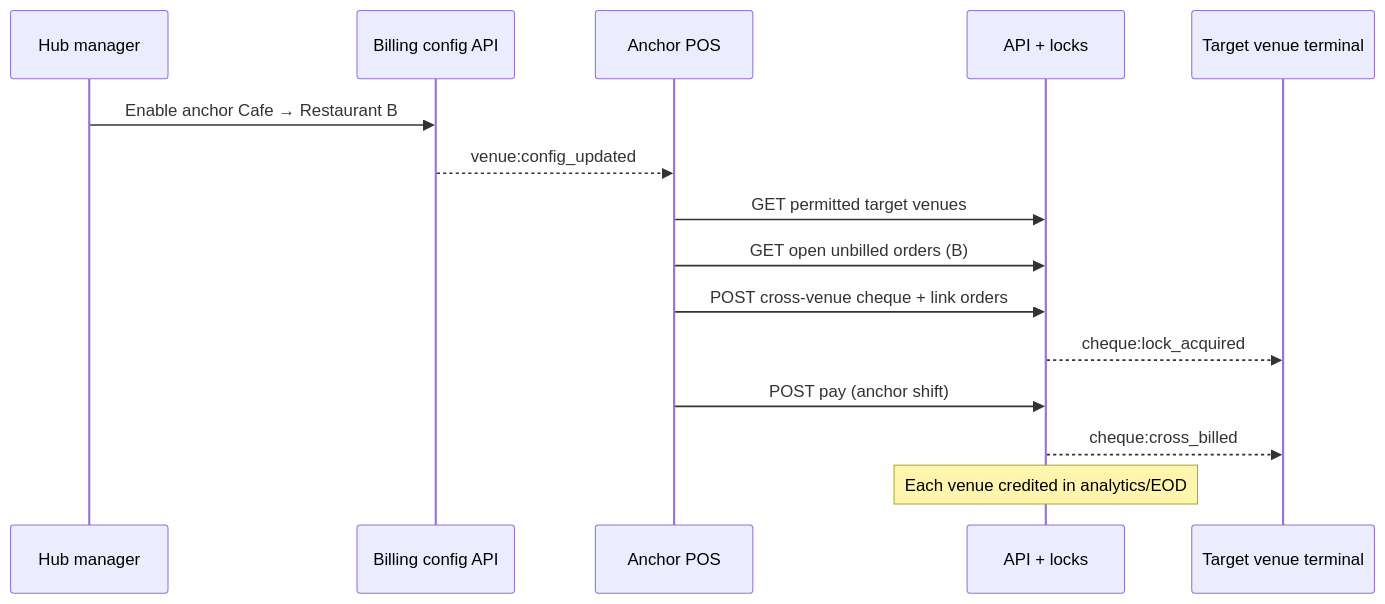
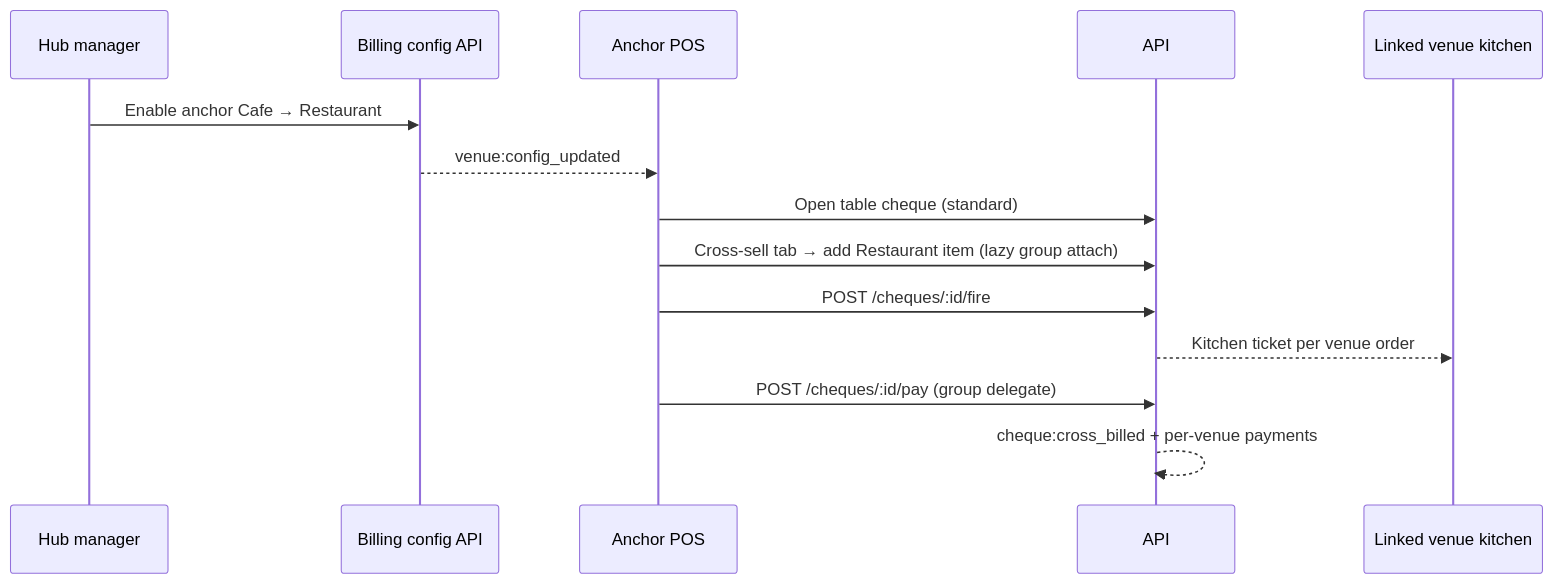
Before and after one commit to ziadteama/Venue_POS: the diagram in docs/TEAM_LOG.md, drawn with Mermaid. The commit also changed other lines of this file and 6 other files, not shown here.

First line of the commit message:
docs: update AGENTS, DEV_CREDENTIALS, and DEVELOPMENT documentation for cross-venue billing

````diff
--- a/docs/TEAM_LOG.md
+++ b/docs/TEAM_LOG.md
@@ -1185,18 +1184,17 @@
 ```mermaid
 sequenceDiagram
   participant HM as Hub manager
   participant CFG as Billing config API
   participant POS as Anchor POS
-  participant API as API + locks
-  participant T2 as Target venue terminal
+  participant API as API
+  participant K as Linked venue kitchen
 
-  HM->>CFG: Enable anchor Cafe → Restaurant B
+  HM->>CFG: Enable anchor Cafe → Restaurant
   CFG-->>POS: venue:config_updated
-  POS->>API: GET permitted target venues
-  POS->>API: GET open unbilled orders (B)
-  POS->>API: POST cross-venue cheque + link orders
-  API-->>T2: cheque:lock_acquired
-  POS->>API: POST pay (anchor shift)
-  API-->>T2: cheque:cross_billed
-  Note over API: Each venue credited in analytics/EOD
+  POS->>API: Open table cheque (standard)
+  POS->>API: Cross-sell tab → add Restaurant item (lazy group attach)
+  POS->>API: POST /cheques/:id/fire
+  API-->>K: Kitchen ticket per venue order
+  POS->>API: POST /cheques/:id/pay (group delegate)
+  API-->>API: cheque:cross_billed + per-venue payments
 ```
````
